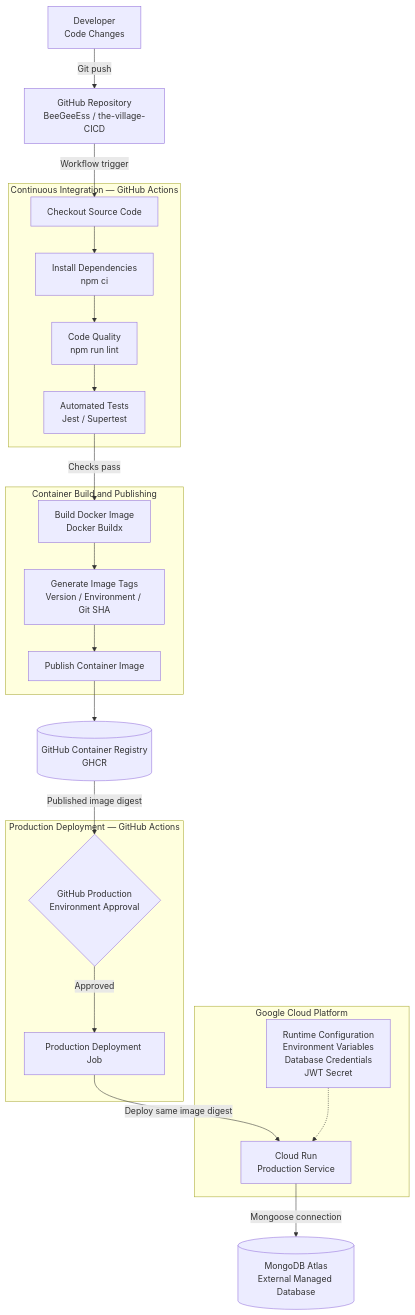
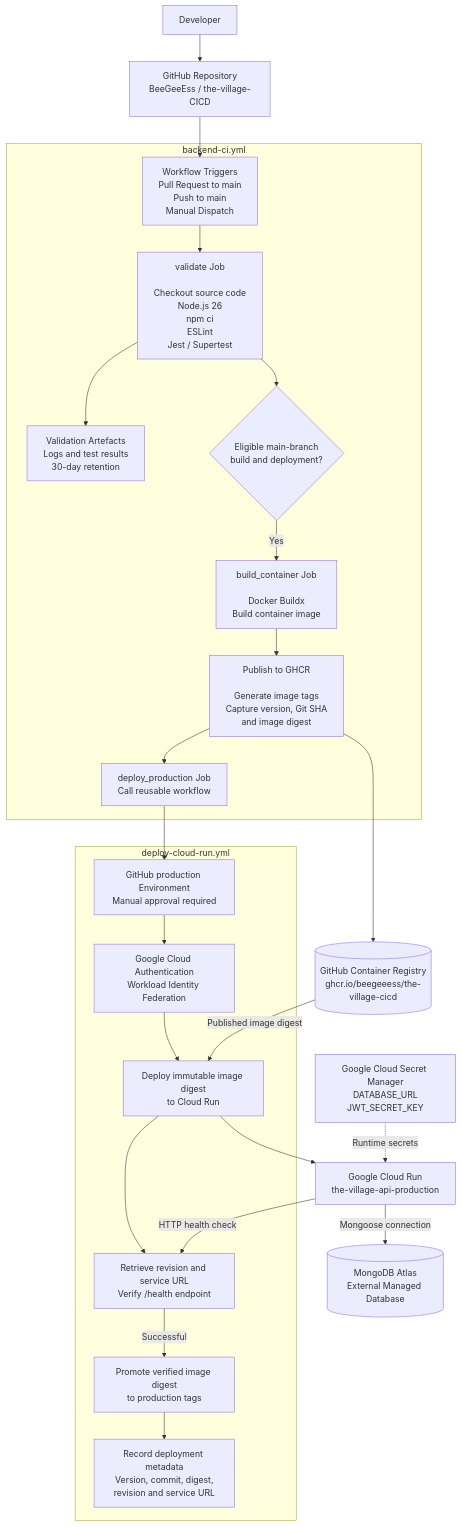
Before and after one commit to BeeGeeEss/the-village-CICD: the third of 3 diagrams in application-architecture.md, drawn with Mermaid. The commit also changed other lines of this file and 2 other files, not shown here.

Commit message:
FIX: Deleted code

````diff
--- a/application-architecture.md
+++ b/application-architecture.md
@@ -281,51 +292,66 @@
 ```mermaid
 flowchart TB
-
-    DEV["Developer<br/>Code Changes"]
+    DEV["Developer"]
     REPO["GitHub Repository<br/>BeeGeeEss / the-village-CICD"]
 
-    subgraph CI["Continuous Integration — GitHub Actions"]
-        CHECKOUT["Checkout Source Code"]
-        INSTALL["Install Dependencies<br/>npm ci"]
-        LINT["Code Quality<br/>npm run lint"]
-        TEST["Automated Tests<br/>Jest / Supertest"]
+    subgraph MAIN["backend-ci.yml"]
+        TRIGGER["Workflow Triggers<br/>Pull Request to main<br/>Push to main<br/>Manual Dispatch"]
 
-        CHECKOUT --> INSTALL
-        INSTALL --> LINT
-        LINT --> TEST
+        VALIDATE["validate Job<br/><br/>Checkout source code<br/>Node.js 26<br/>npm ci<br/>ESLint<br/>Jest / Supertest"]
+
+        ARTIFACTS["Validation Artefacts<br/>Logs and test results<br/>30-day retention"]
+
+        CONDITION{"Eligible main-branch<br/>build and deployment?"}
+
+        BUILD["build_container Job<br/><br/>Docker Buildx<br/>Build container image"]
+
+        PUBLISH["Publish to GHCR<br/><br/>Generate image tags<br/>Capture version, Git SHA<br/>and image digest"]
+
+        DEPLOYJOB["deploy_production Job<br/>Call reusable workflow"]
+
+        TRIGGER --> VALIDATE
+        VALIDATE --> ARTIFACTS
+        VALIDATE --> CONDITION
+        CONDITION -->|"Yes"| BUILD
+        BUILD --> PUBLISH
+        PUBLISH --> DEPLOYJOB
     end
 
-    subgraph BUILD["Container Build and Publishing"]
-        DOCKER["Build Docker Image<br/>Docker Buildx"]
-        TAG["Generate Image Tags<br/>Version / Environment / Git SHA"]
-        PUSH["Publish Container Image"]
+    GHCR[("GitHub Container Registry<br/>ghcr.io/beegeeess/the-village-cicd")]
 
-        DOCKER --> TAG
-        TAG --> PUSH
+    subgraph REUSABLE["deploy-cloud-run.yml"]
+        APPROVAL["GitHub production Environment<br/>Manual approval required"]
+
+        AUTH["Google Cloud Authentication<br/>Workload Identity Federation"]
+
+        DEPLOY["Deploy immutable image digest<br/>to Cloud Run"]
+
+        HEALTH["Retrieve revision and service URL<br/>Verify /health endpoint"]
+
+        PROMOTE["Promote verified image digest<br/>to production tags"]
+
+        METADATA["Record deployment metadata<br/>Version, commit, digest,<br/>revision and service URL"]
+
+        APPROVAL --> AUTH
+        AUTH --> DEPLOY
+        DEPLOY --> HEALTH
+        HEALTH -->|"Successful"| PROMOTE
+        PROMOTE --> METADATA
     end
 
-    GHCR[("GitHub Container Registry<br/>GHCR")]
+    CLOUD["Google Cloud Run<br/>the-village-api-production"]
 
-    subgraph DEPLOY["Production Deployment — GitHub Actions"]
-        APPROVAL{"GitHub Production<br/>Environment Approval"}
-        PROD["Production Deployment Job"]
-
-        APPROVAL -->|"Approved"| PROD
-    end
-
-    subgraph CLOUD["Google Cloud Platform"]
-        RUN["Cloud Run<br/>Production Service"]
-        CONFIG["Runtime Configuration<br/>Environment Variables<br/>Database Credentials<br/>JWT Secret"]
-    end
+    SECRETS["Google Cloud Secret Manager<br/>DATABASE_URL<br/>JWT_SECRET_KEY"]
 
     DB[("MongoDB Atlas<br/>External Managed Database")]
 
-    DEV -->|"Git push"| REPO
-    REPO -->|"Workflow trigger"| CHECKOUT
-    TEST -->|"Checks pass"| DOCKER
-    PUSH --> GHCR
-    GHCR -->|"Published image digest"| APPROVAL
-    PROD -->|"Deploy same image digest"| RUN
-    CONFIG -.-> RUN
-    RUN -->|"Mongoose connection"| DB
+    DEV --> REPO
+    REPO --> TRIGGER
+    PUBLISH --> GHCR
+    DEPLOYJOB --> APPROVAL
+    GHCR -->|"Published image digest"| DEPLOY
+    DEPLOY --> CLOUD
+    SECRETS -.->|"Runtime secrets"| CLOUD
+    CLOUD -->|"HTTP health check"| HEALTH
+    CLOUD -->|"Mongoose connection"| DB
 ```
````
